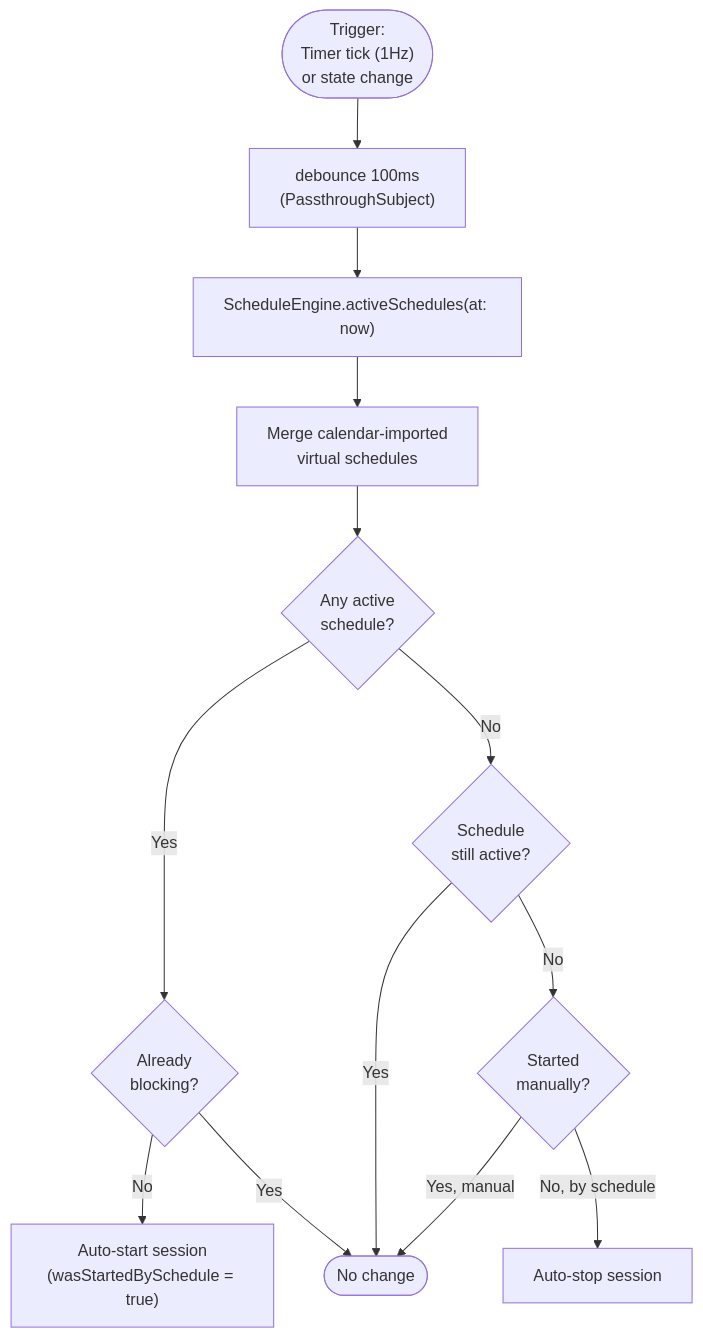
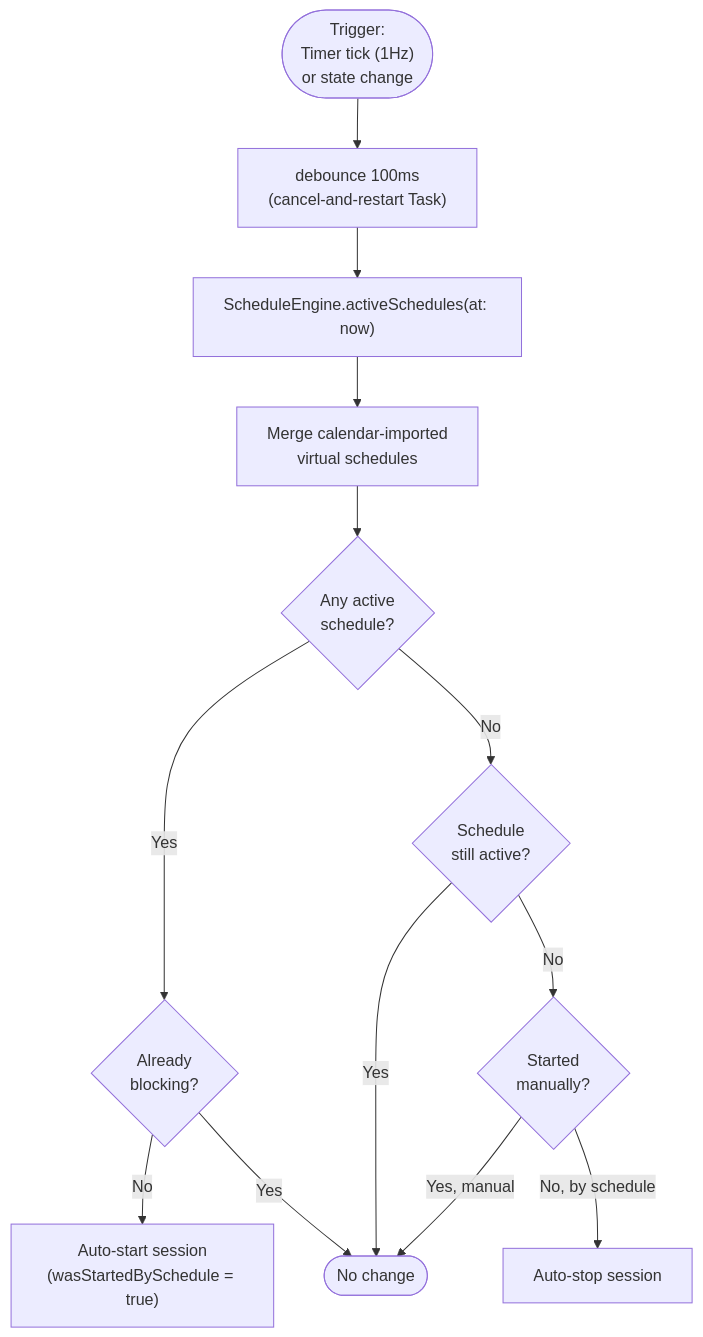
One commit to albibenni/free changed the fifth of 12 diagrams in Docs/diagrams.md. Above: the diagram before and after it, drawn with Mermaid. The commit also changed other lines of this file and 5 other files, not shown here.

````diff
--- a/Docs/diagrams.md
+++ b/Docs/diagrams.md
@@ -194,27 +192,27 @@
 ```mermaid
 flowchart TD
   Trigger(["Trigger:\nTimer tick (1Hz)\nor state change"])
-  Debounce["debounce 100ms\n(PassthroughSubject)"]
+  Debounce["debounce 100ms\n(cancel-and-restart Task)"]
   Evaluate["ScheduleEngine.activeSchedules(at: now)"]
   CalendarEvents["Merge calendar-imported\nvirtual schedules"]
   AnyActive{Any active\nschedule?}
   IsBlocking{Already\nblocking?}
   WasManual{Started\nmanually?}
   AutoStart["Auto-start session\n(wasStartedBySchedule = true)"]
   StillHaveActive{Schedule\nstill active?}
   AutoStop["Auto-stop session"]
   NoOp(["No change"])
 
   Trigger --> Debounce
   Debounce --> Evaluate
   Evaluate --> CalendarEvents
   CalendarEvents --> AnyActive
   AnyActive -->|Yes| IsBlocking
   AnyActive -->|No| StillHaveActive
   IsBlocking -->|No| AutoStart
   IsBlocking -->|Yes| NoOp
   StillHaveActive -->|Yes| NoOp
   StillHaveActive -->|No| WasManual
   WasManual -->|Yes, manual| NoOp
   WasManual -->|No, by schedule| AutoStop
 ```
````
